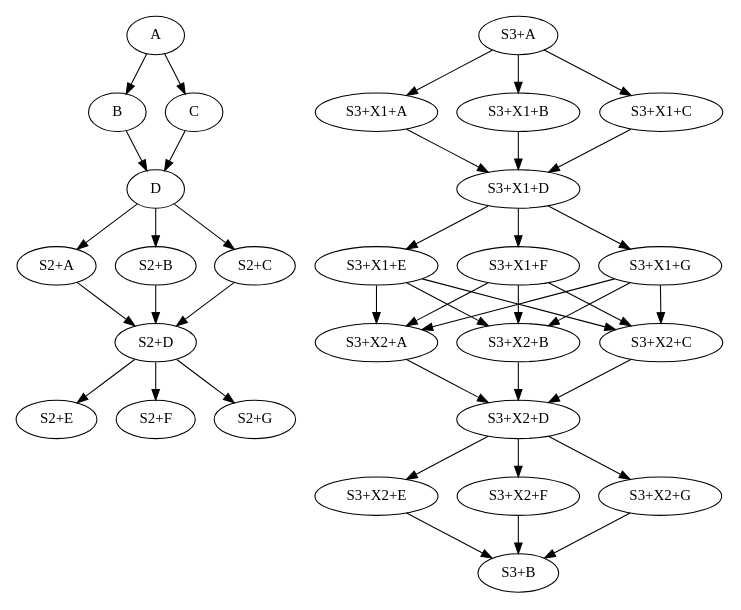
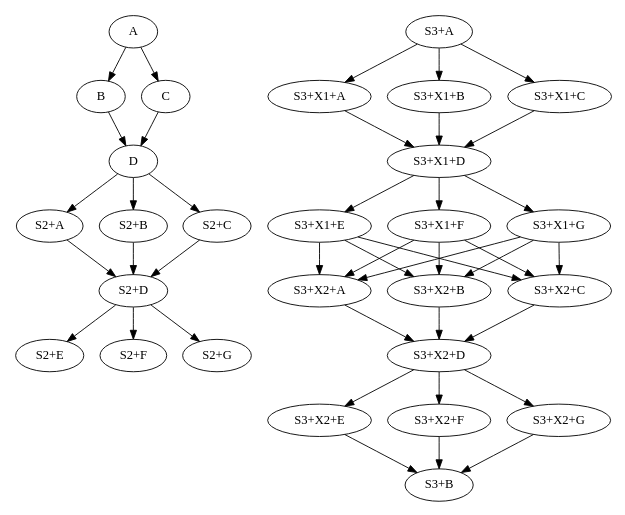
One commit to htcondor/htcondor changed the diagram in doc/user-man/splice-complex.dot. Above: the diagram before and after it, drawn with Graphviz. The commit also changed 1 other file, not shown here.

Commit message:
figure must be smaller to work in non-html formats

```diff
--- a/doc/user-man/splice-complex.dot
+++ b/doc/user-man/splice-complex.dot
@@ -1,76 +1,76 @@
 digraph DAG {
-	size = "6,7"
+	size = "5,6"
 
     "A" [shape=ellipse label="A"];
     "B" [shape=ellipse label="B"];
     "C" [shape=ellipse label="C"];
     "D" [shape=ellipse label="D"];
 
     "S2+A" [shape=ellipse label="S2+A"];
     "S2+B" [shape=ellipse label="S2+B"];
     "S2+C" [shape=ellipse label="S2+C"];
     "S2+D" [shape=ellipse label="S2+D"];
     "S2+E" [shape=ellipse label="S2+E"];
     "S2+F" [shape=ellipse label="S2+F"];
     "S2+G" [shape=ellipse label="S2+G"];
 
     "S3+A" [shape=ellipse label="S3+A"];
     "S3+B" [shape=ellipse label="S3+B"];
     "S3+X1+A" [shape=ellipse label="S3+X1+A"];
     "S3+X1+B" [shape=ellipse label="S3+X1+B"];
     "S3+X1+C" [shape=ellipse label="S3+X1+C"];
     "S3+X1+D" [shape=ellipse label="S3+X1+D"];
     "S3+X1+E" [shape=ellipse label="S3+X1+E"];
     "S3+X1+F" [shape=ellipse label="S3+X1+F"];
     "S3+X1+G" [shape=ellipse label="S3+X1+G"];
     "S3+X2+A" [shape=ellipse label="S3+X2+A"];
     "S3+X2+B" [shape=ellipse label="S3+X2+B"];
     "S3+X2+C" [shape=ellipse label="S3+X2+C"];
     "S3+X2+D" [shape=ellipse label="S3+X2+D"];
     "S3+X2+E" [shape=ellipse label="S3+X2+E"];
     "S3+X2+F" [shape=ellipse label="S3+X2+F"];
     "S3+X2+G" [shape=ellipse label="S3+X2+G"];
 
     "A" -> "B";
     "A" -> "C";
     "B" -> "D";
     "C" -> "D";
     "D" -> "S2+A";
     "D" -> "S2+B";
     "D" -> "S2+C";
     "S2+A" -> "S2+D";
     "S2+B" -> "S2+D";
     "S2+C" -> "S2+D";
     "S2+D" -> "S2+E";
     "S2+D" -> "S2+F";
     "S2+D" -> "S2+G";
 
     "S3+A" -> "S3+X1+A";
     "S3+A" -> "S3+X1+B";
     "S3+A" -> "S3+X1+C";
     "S3+X1+A" -> "S3+X1+D";
     "S3+X1+B" -> "S3+X1+D";
     "S3+X1+C" -> "S3+X1+D";
     "S3+X1+D" -> "S3+X1+E";
     "S3+X1+D" -> "S3+X1+F";
     "S3+X1+D" -> "S3+X1+G";
     "S3+X1+E" -> "S3+X2+A";
     "S3+X1+E" -> "S3+X2+B";
     "S3+X1+E" -> "S3+X2+C";
     "S3+X1+F" -> "S3+X2+A";
     "S3+X1+F" -> "S3+X2+B";
     "S3+X1+F" -> "S3+X2+C";
     "S3+X1+G" -> "S3+X2+A";
     "S3+X1+G" -> "S3+X2+B";
     "S3+X1+G" -> "S3+X2+C";
     "S3+X2+A" -> "S3+X2+D";
     "S3+X2+B" -> "S3+X2+D";
     "S3+X2+C" -> "S3+X2+D";
     "S3+X2+D" -> "S3+X2+E";
     "S3+X2+D" -> "S3+X2+F";
     "S3+X2+D" -> "S3+X2+G";
     "S3+X2+E" -> "S3+B";
     "S3+X2+F" -> "S3+B";
     "S3+X2+G" -> "S3+B";
 
 }
```
